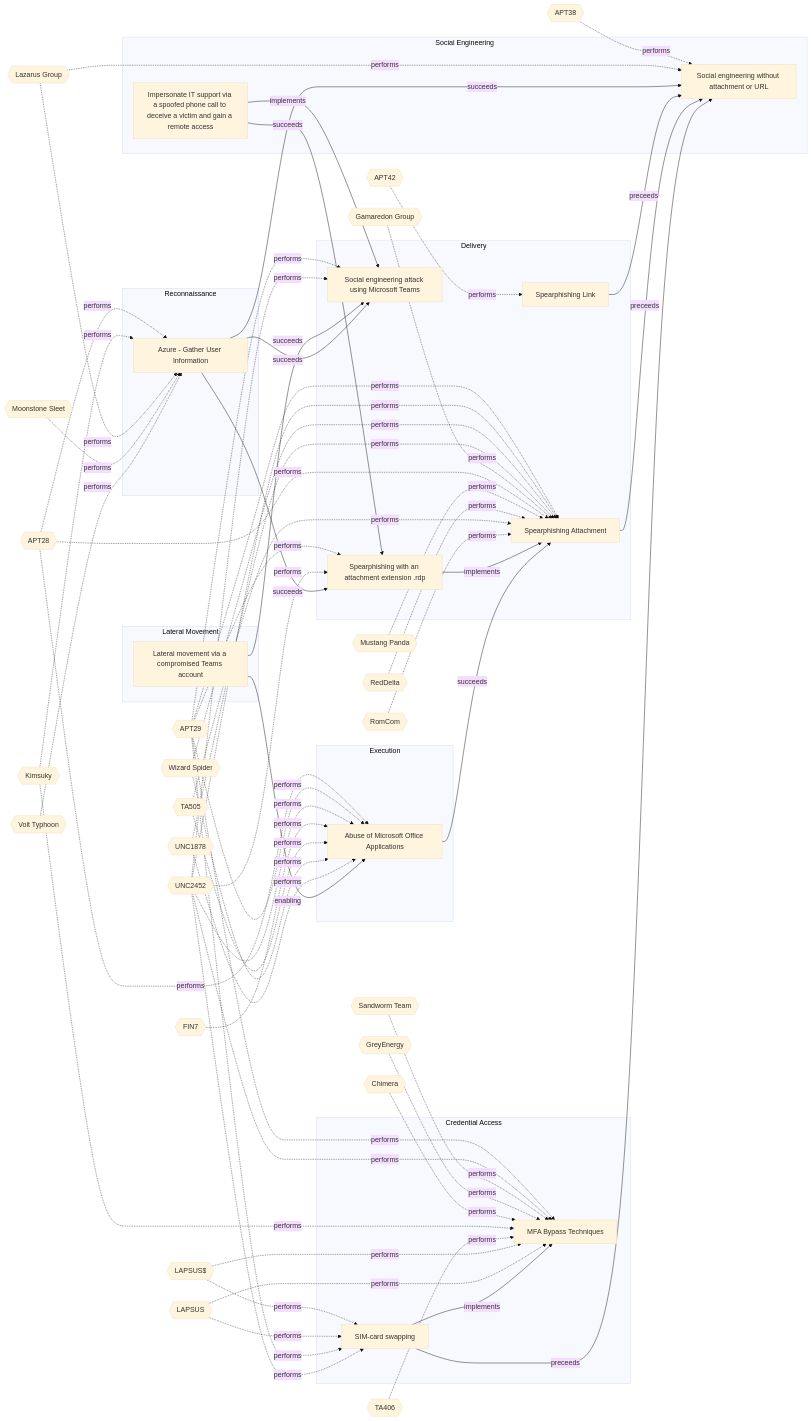
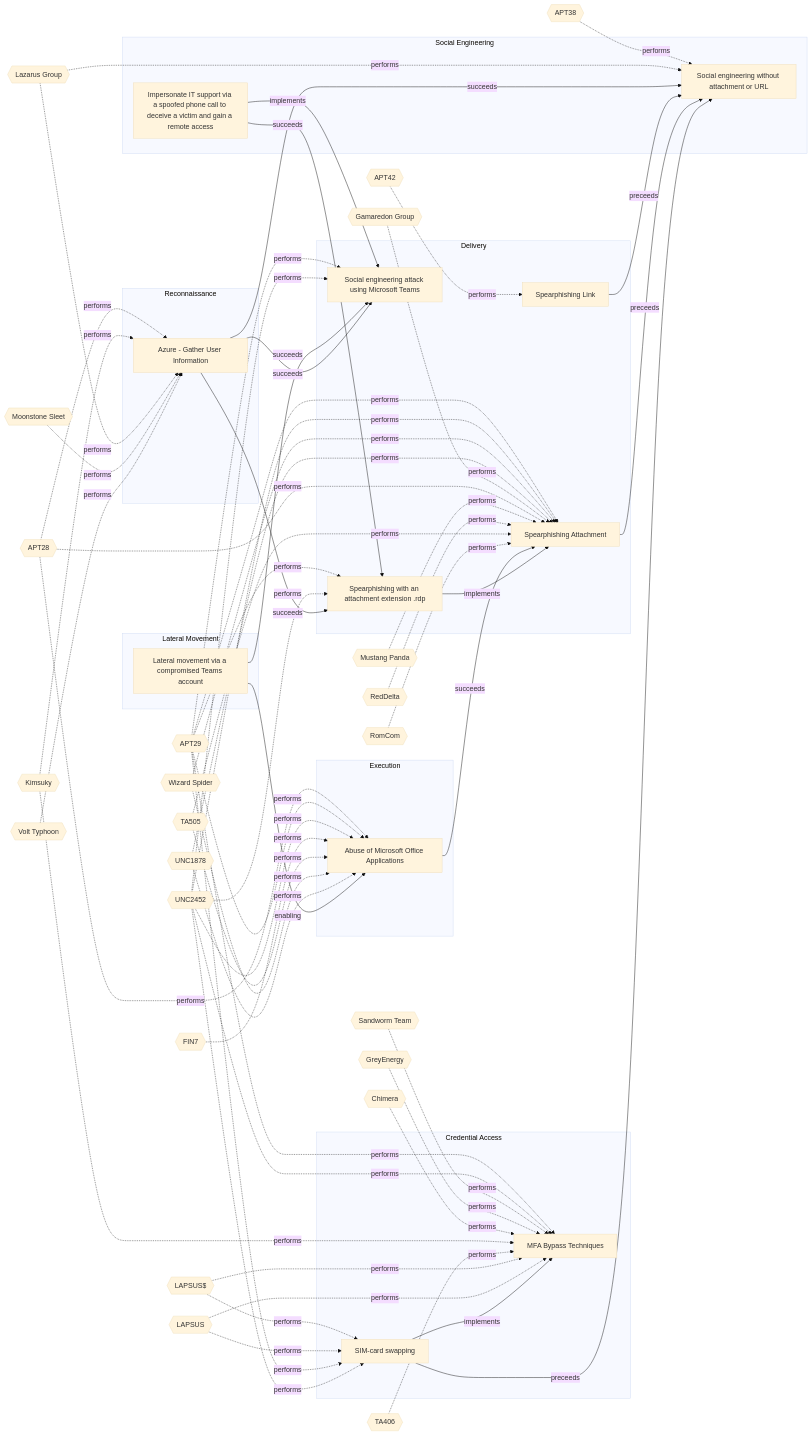
One commit to OpenTideHQ/WikiTide changed the diagram in Models/Threat Vectors/☣️ Social engineering attack using Microsoft Teams.md. Above: the diagram before and after it, drawn with Mermaid (base theme). The commit also changed other lines of this file and 62 other files, not shown here.

```diff
--- a/Models/Threat Vectors/☣️ Social engineering attack using Microsoft Teams.md
+++ b/Models/Threat Vectors/☣️ Social engineering attack using Microsoft Teams.md
@@ -102,21 +102,20 @@
 
 flowchart LR
 
-c4456134-df7b-4969-b5ff-a24794996890[Impersonate IT support via a spoofed phone call to deceive a victim and gain a remote access]
+cc9003f7-a9e3-4407-a1ca-d514af469787[Lateral movement via a compromised Teams account]
 06c60af1-5fa8-493c-bf9b-6b2e215819f1[Social engineering attack using Microsoft Teams]
-58b98d75-fc63-4662-8908-a2a7f4200902[Spearphishing with an attachment extension .rdp]
-cc9003f7-a9e3-4407-a1ca-d514af469787[Lateral movement via a compromised Teams account]
 b663b684-a80f-4570-89b6-2f7faa16fece[Abuse of Microsoft Office Applications]
 2900d389-3098-49d3-8166-5b2612d03576[Azure - Gather User Information]
+58b98d75-fc63-4662-8908-a2a7f4200902[Spearphishing with an attachment extension .rdp]
 0cdaee96-8595-4f3f-ba07-758b8be9d359[Social engineering without attachment or URL]
+c4456134-df7b-4969-b5ff-a24794996890[Impersonate IT support via a spoofed phone call to deceive a victim and gain a remote access]
 dd5d942c-bac4-4000-b9a6-ca4fef6cfb84[Spearphishing Attachment]
 1a68b5eb-0112-424d-a21f-88dda0b6b8df[Spearphishing Link]
 6a7a493a-511a-4c9d-aa9c-4427c832a322[SIM-card swapping]
 4a807ac4-f764-41b1-ae6f-94239041d349[MFA Bypass Techniques]
 
-subgraph Social Engineering
-c4456134-df7b-4969-b5ff-a24794996890
-0cdaee96-8595-4f3f-ba07-758b8be9d359
+subgraph Lateral Movement
+cc9003f7-a9e3-4407-a1ca-d514af469787
 end
 subgraph Delivery
 06c60af1-5fa8-493c-bf9b-6b2e215819f1
@@ -124,14 +123,15 @@
 dd5d942c-bac4-4000-b9a6-ca4fef6cfb84
 1a68b5eb-0112-424d-a21f-88dda0b6b8df
 end
-subgraph Lateral Movement
-cc9003f7-a9e3-4407-a1ca-d514af469787
-end
 subgraph Execution
 b663b684-a80f-4570-89b6-2f7faa16fece
 end
 subgraph Reconnaissance
 2900d389-3098-49d3-8166-5b2612d03576
+end
+subgraph Social Engineering
+0cdaee96-8595-4f3f-ba07-758b8be9d359
+c4456134-df7b-4969-b5ff-a24794996890
 end
 subgraph Credential Access
 6a7a493a-511a-4c9d-aa9c-4427c832a322
@@ -164,8 +164,6 @@
 
 APT29 -.-> |performs| 06c60af1-5fa8-493c-bf9b-6b2e215819f1
 UNC2452 -.-> |performs| 06c60af1-5fa8-493c-bf9b-6b2e215819f1
-APT29 -.-> |performs| 58b98d75-fc63-4662-8908-a2a7f4200902
-UNC2452 -.-> |performs| 58b98d75-fc63-4662-8908-a2a7f4200902
 APT28 -.-> |performs| b663b684-a80f-4570-89b6-2f7faa16fece
 APT29 -.-> |performs| b663b684-a80f-4570-89b6-2f7faa16fece
 UNC2452 -.-> |performs| b663b684-a80f-4570-89b6-2f7faa16fece
@@ -178,6 +176,8 @@
 LazarusGroup -.-> |performs| 2900d389-3098-49d3-8166-5b2612d03576
 MoonstoneSleet -.-> |performs| 2900d389-3098-49d3-8166-5b2612d03576
 VoltTyphoon -.-> |performs| 2900d389-3098-49d3-8166-5b2612d03576
+APT29 -.-> |performs| 58b98d75-fc63-4662-8908-a2a7f4200902
+UNC2452 -.-> |performs| 58b98d75-fc63-4662-8908-a2a7f4200902
 APT38 -.-> |performs| 0cdaee96-8595-4f3f-ba07-758b8be9d359
 LazarusGroup -.-> |performs| 0cdaee96-8595-4f3f-ba07-758b8be9d359
 APT29 -.-> |performs| dd5d942c-bac4-4000-b9a6-ca4fef6cfb84
@@ -205,15 +205,15 @@
 LAPSUS$ -.-> |performs| 4a807ac4-f764-41b1-ae6f-94239041d349
 LAPSUS -.-> |performs| 4a807ac4-f764-41b1-ae6f-94239041d349
 
-c4456134-df7b-4969-b5ff-a24794996890 -->|implements| 06c60af1-5fa8-493c-bf9b-6b2e215819f1
-c4456134-df7b-4969-b5ff-a24794996890 -->|succeeds| 58b98d75-fc63-4662-8908-a2a7f4200902
 cc9003f7-a9e3-4407-a1ca-d514af469787 -->|succeeds| 06c60af1-5fa8-493c-bf9b-6b2e215819f1
 cc9003f7-a9e3-4407-a1ca-d514af469787 -->|enabling| b663b684-a80f-4570-89b6-2f7faa16fece
 2900d389-3098-49d3-8166-5b2612d03576 -->|succeeds| 06c60af1-5fa8-493c-bf9b-6b2e215819f1
 2900d389-3098-49d3-8166-5b2612d03576 -->|succeeds| 58b98d75-fc63-4662-8908-a2a7f4200902
 2900d389-3098-49d3-8166-5b2612d03576 -->|succeeds| 0cdaee96-8595-4f3f-ba07-758b8be9d359
+c4456134-df7b-4969-b5ff-a24794996890 -->|implements| 06c60af1-5fa8-493c-bf9b-6b2e215819f1
+c4456134-df7b-4969-b5ff-a24794996890 -->|succeeds| 58b98d75-fc63-4662-8908-a2a7f4200902
+b663b684-a80f-4570-89b6-2f7faa16fece -->|succeeds| dd5d942c-bac4-4000-b9a6-ca4fef6cfb84
 58b98d75-fc63-4662-8908-a2a7f4200902 -->|implements| dd5d942c-bac4-4000-b9a6-ca4fef6cfb84
-b663b684-a80f-4570-89b6-2f7faa16fece -->|succeeds| dd5d942c-bac4-4000-b9a6-ca4fef6cfb84
 1a68b5eb-0112-424d-a21f-88dda0b6b8df -->|preceeds| 0cdaee96-8595-4f3f-ba07-758b8be9d359
 dd5d942c-bac4-4000-b9a6-ca4fef6cfb84 -->|preceeds| 0cdaee96-8595-4f3f-ba07-758b8be9d359
 6a7a493a-511a-4c9d-aa9c-4427c832a322 -->|preceeds| 0cdaee96-8595-4f3f-ba07-758b8be9d359
```
